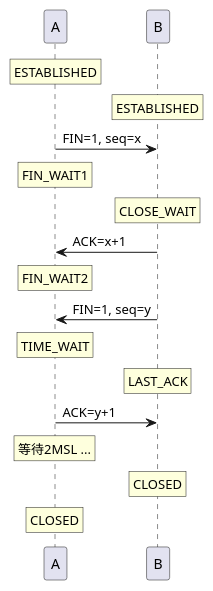
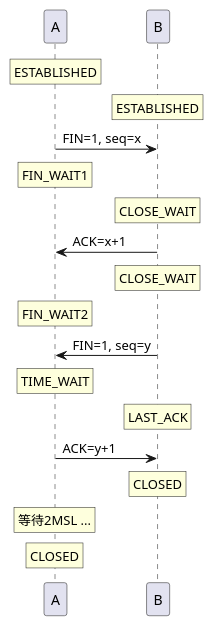
One commit to no5ix/no5ix.github.io changed the second of 2 diagrams in source/_posts/noodle_plan.md. Above: the diagram before and after it, drawn with PlantUML. The commit also changed other lines of this file and 1 other file, not shown here.

````diff
--- a/source/_posts/noodle_plan.md
+++ b/source/_posts/noodle_plan.md
@@ -689,16 +690,17 @@
 ```puml
 rnote over A : ESTABLISHED
 rnote over B : ESTABLISHED
 A -> B : FIN=1, seq=x
 rnote over A : FIN_WAIT1
 rnote over B : CLOSE_WAIT
 A <- B : ACK=x+1
+rnote over B : CLOSE_WAIT
 rnote over A : FIN_WAIT2
 A <- B : FIN=1, seq=y
 rnote over A : TIME_WAIT
 rnote over B : LAST_ACK
 A -> B : ACK=y+1
+rnote over B : CLOSED
 rnote over A : 等待2MSL ...
-rnote over B : CLOSED
 rnote over A : CLOSED
 ```
````
